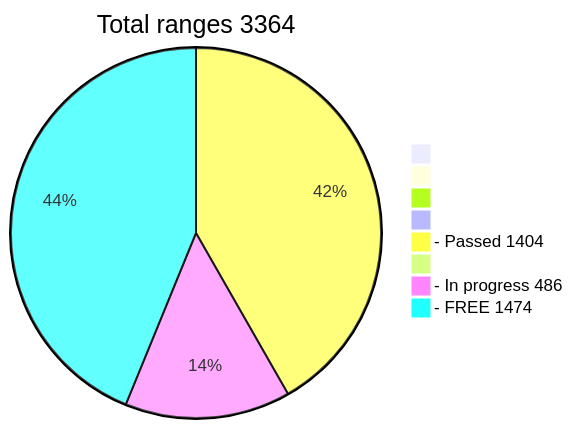
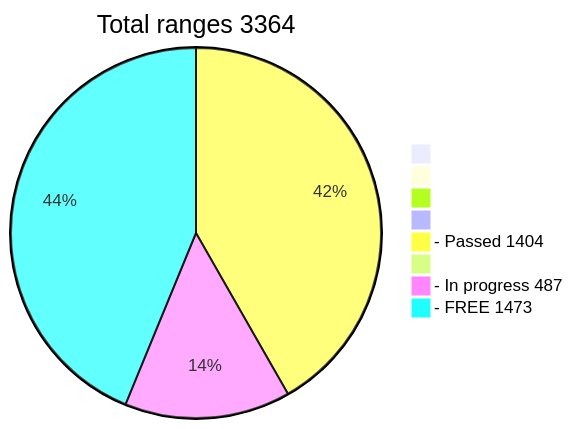
The diagram in README.md (phrutis/wif500), drawn with Mermaid before and after one commit.

````diff
--- a/README.md
+++ b/README.md
@@ -16,12 +16,12 @@
 ```mermaid
 pie title Total ranges 3364
              " " : 0
             "  " : 0
            "   " : 0
           "    " : 0
   "- Passed 1404" : 1404
          "     " : 0
-  "- In progress 486" : 486
-   "- FREE 1474" : 1474
+  "- In progress 487" : 487
+   "- FREE 1473" : 1473
    
 ```
````
